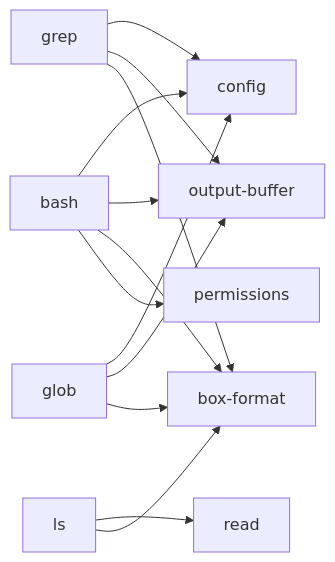
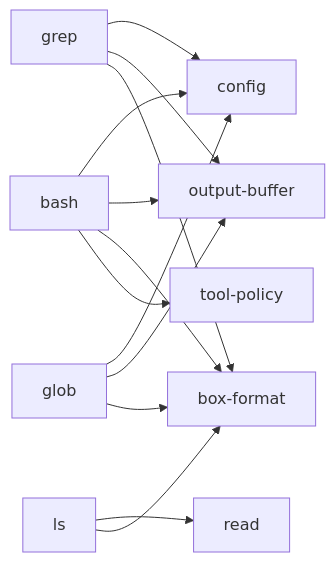
The second of 4 diagrams in user/pi/CAPABILITY-PACKAGE-SPEC.md (bdsqqq/dots), drawn with Mermaid before and after one commit. The commit also changed other lines of this file and 24 other files, not shown here.

Commit message:
feat(pi): permissions -> tool policy

````diff
--- a/user/pi/CAPABILITY-PACKAGE-SPEC.md
+++ b/user/pi/CAPABILITY-PACKAGE-SPEC.md
@@ -558,23 +558,23 @@
 ```mermaid
 flowchart LR
   cfg[config]
   ob[output-buffer]
   box[box-format]
-  perm[permissions]
+  perm[tool-policy]
 
   bash[bash] --> cfg
   bash --> ob
   bash --> box
   bash --> perm
 
   grep[grep] --> cfg
   grep --> ob
   grep --> box
 
   glob[glob] --> cfg
   glob --> ob
   glob --> box
 
   ls[ls] --> read[read]
   ls --> box
 ```
````
